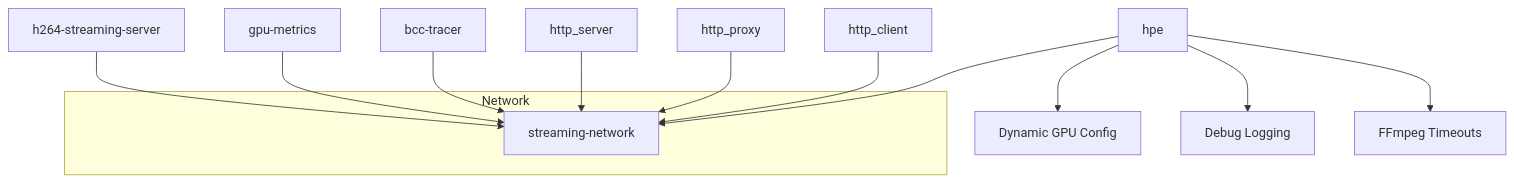
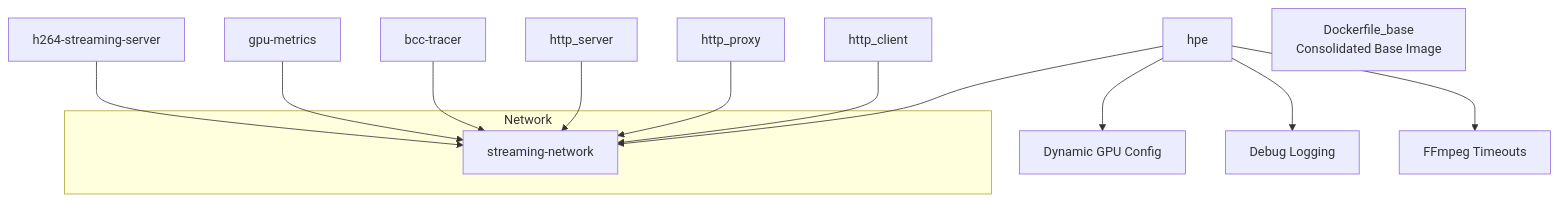
One commit to Fogus-Gr/MeasurementsDTs changed the seventh of 7 diagrams in .qoder/repowiki/en/content/Deployment Infrastructure/Deployment Infrastructure.md. Above: the diagram before and after it, drawn with Mermaid. The commit also changed other lines of this file and 10 other files, not shown here.

````diff
--- a/.qoder/repowiki/en/content/Deployment Infrastructure/Deployment Infrastructure.md
+++ b/.qoder/repowiki/en/content/Deployment Infrastructure/Deployment Infrastructure.md
@@ -316,16 +345,17 @@
 ```mermaid
 graph TB
 subgraph "Network"
 Net["streaming-network"]
 end
 S["h264-streaming-server"] --> Net
 H["hpe"] --> Net
 G["gpu-metrics"] --> Net
 B["bcc-tracer"] --> Net
 DS["http_server"] --> Net
 DP["http_proxy"] --> Net
 DC["http_client"] --> Net
 H --> D["Dynamic GPU Config"]
 H --> L["Debug Logging"]
 H --> T["FFmpeg Timeouts"]
+DB["Dockerfile_base<br/>Consolidated Base Image"]
 ```
````
